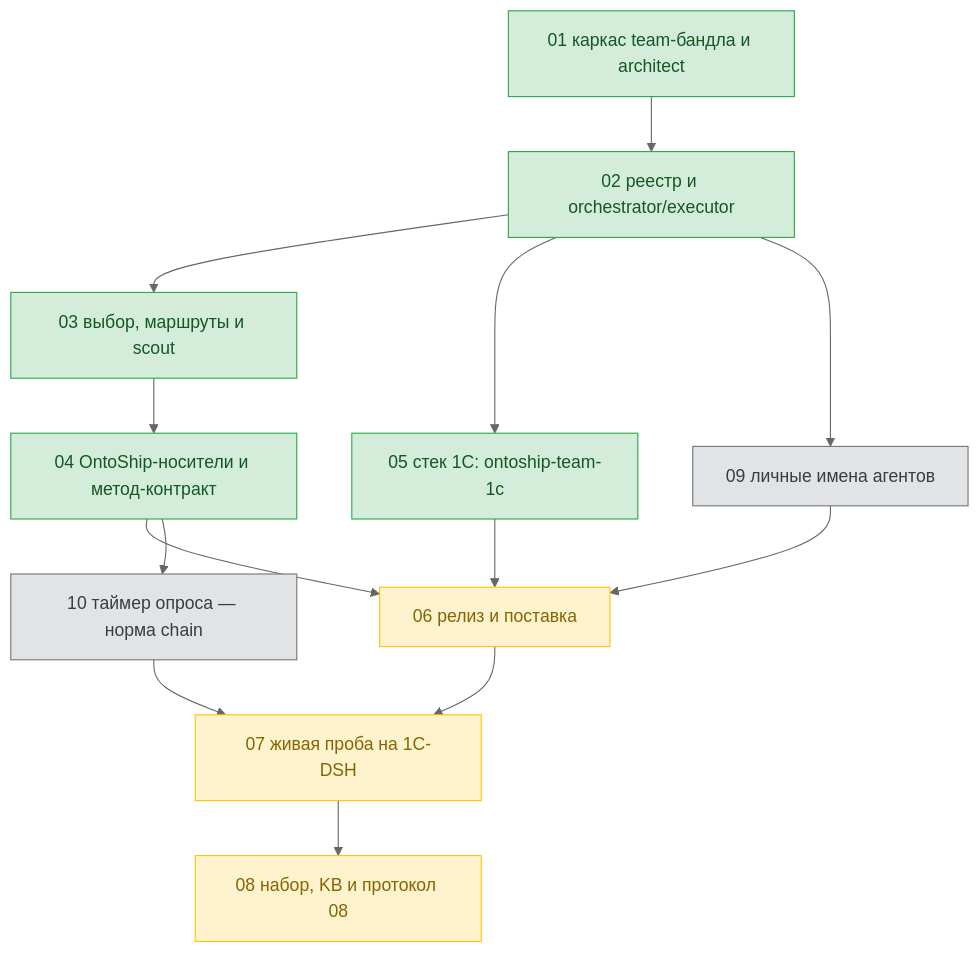
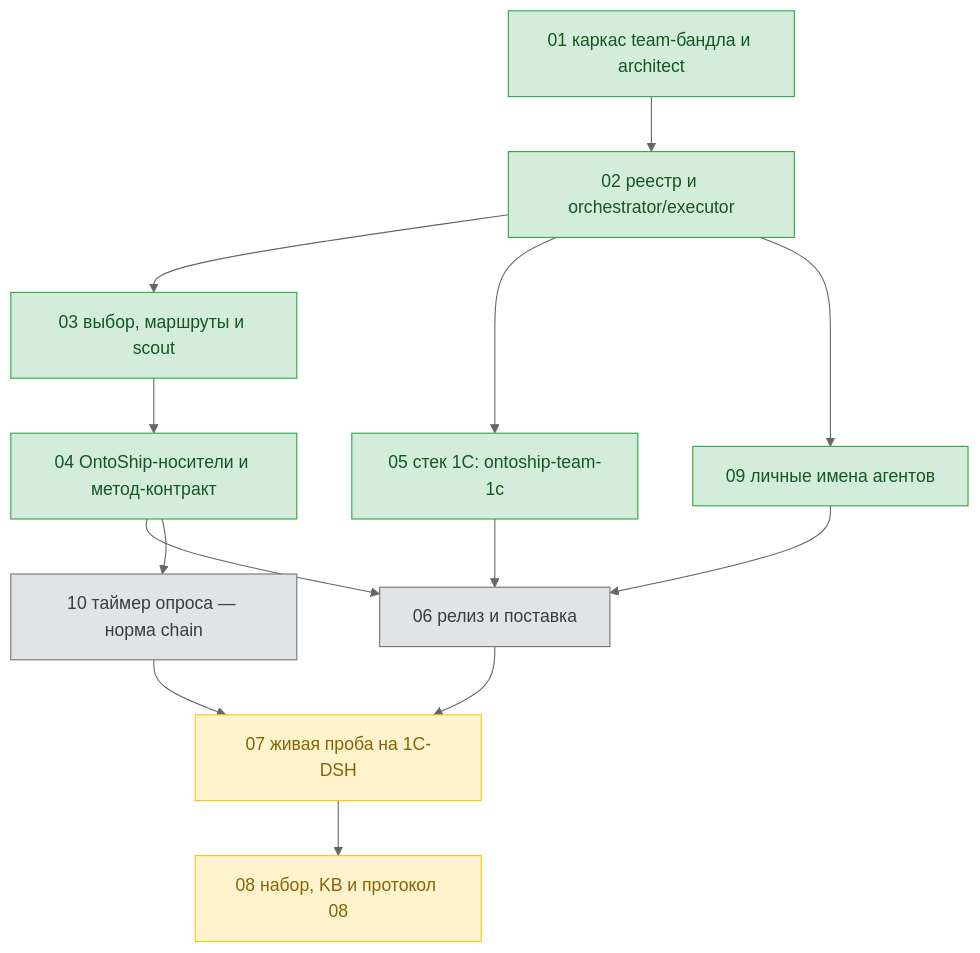
The diagram in tickets/team-profiles/dag.md (ntin60775/ontoship-ntin), drawn with Mermaid (neutral theme) before and after one commit. The commit also changed other lines of this file and 3 other files, not shown here.

````diff
--- a/tickets/team-profiles/dag.md
+++ b/tickets/team-profiles/dag.md
@@ -11,35 +11,35 @@
 ```mermaid
 flowchart TD
   T01["01 каркас team-бандла и architect"]
   T02["02 реестр и orchestrator/executor"]
   T03["03 выбор, маршруты и scout"]
   T04["04 OntoShip-носители и метод-контракт"]
   T05["05 стек 1C: ontoship-team-1c"]
   T06["06 релиз и поставка"]
   T07["07 живая проба на 1C-DSH"]
   T08["08 набор, KB и протокол 08"]
   T09["09 личные имена агентов"]
   T10["10 таймер опроса — норма chain"]
 
   T01 --> T02
   T02 --> T03
   T02 --> T05
   T02 --> T09
   T03 --> T04
   T04 --> T06
   T04 --> T10
   T05 --> T06
   T09 --> T06
   T06 --> T07
   T10 --> T07
   T07 --> T08
 
   classDef done fill:#d4edda,stroke:#28a745,color:#155724;
   classDef running fill:#cce5ff,stroke:#007bff,color:#004085;
   classDef pending fill:#e2e3e5,stroke:#6c757d,color:#383d41;
   classDef waiting fill:#fff3cd,stroke:#ffc107,color:#856404;
 
-  class T01,T02,T03,T04,T05 done;
-  class T09,T10 pending;
-  class T06,T07,T08 waiting;
+  class T01,T02,T03,T04,T05,T09 done;
+  class T06,T10 pending;
+  class T07,T08 waiting;
 ```
````
